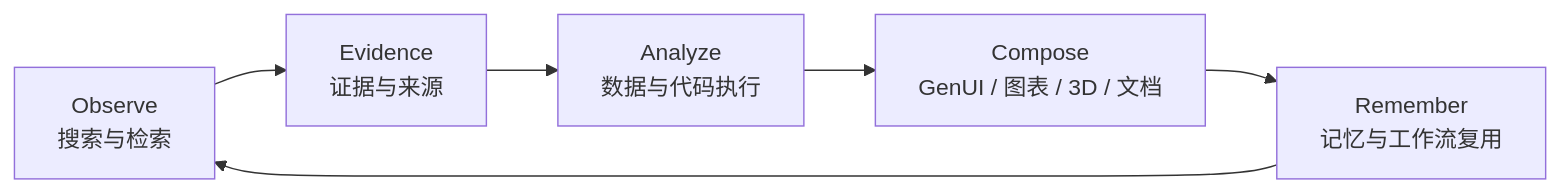
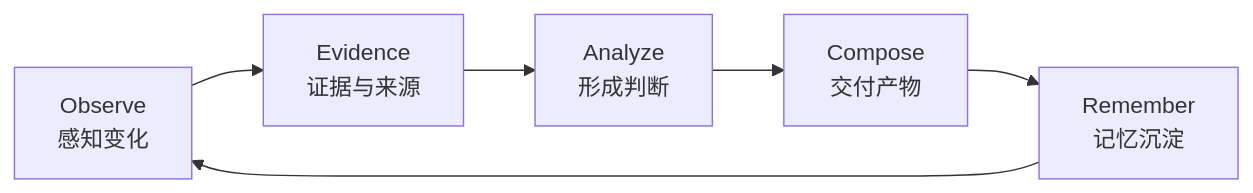
Before and after one commit to OWWZO/ai-agent: the first of 2 diagrams in README.md, drawn with Mermaid. The commit also changed other lines of this file and 2 other files, not shown here.

````diff
--- a/README.md
+++ b/README.md
@@ -180,8 +222,8 @@
 ```mermaid
 flowchart LR
-    Observe["Observe<br/>搜索与检索"] --> Evidence["Evidence<br/>证据与来源"]
-    Evidence --> Analyze["Analyze<br/>数据与代码执行"]
-    Analyze --> Compose["Compose<br/>GenUI / 图表 / 3D / 文档"]
-    Compose --> Remember["Remember<br/>记忆与工作流复用"]
+    Observe["Observe<br/>感知变化"] --> Evidence["Evidence<br/>证据与来源"]
+    Evidence --> Analyze["Analyze<br/>形成判断"]
+    Analyze --> Compose["Compose<br/>交付产物"]
+    Compose --> Remember["Remember<br/>记忆沉淀"]
     Remember --> Observe
 ```
````
